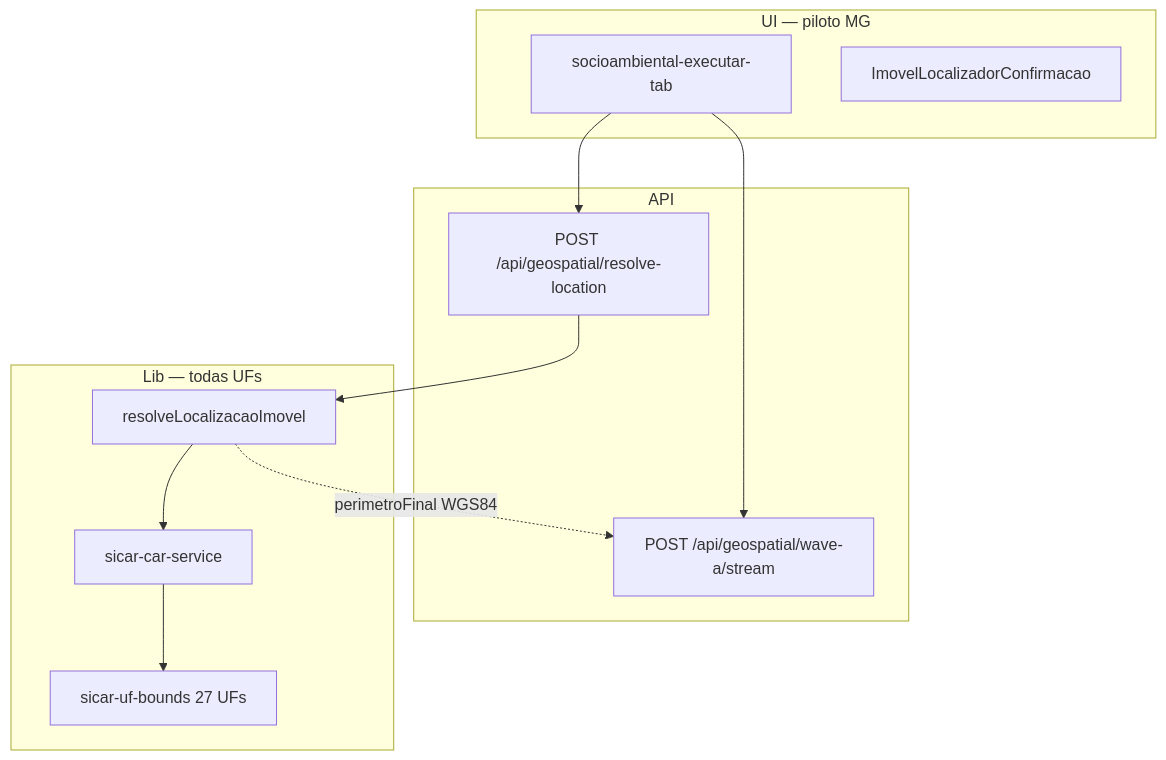
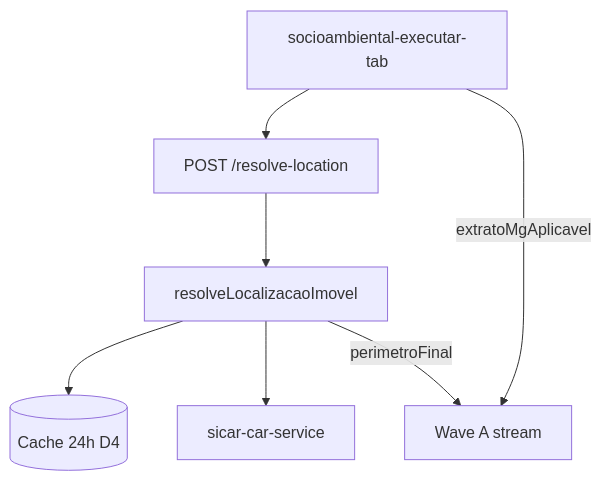
One commit to olimpiossdx/AmbientaR changed the second of 2 diagrams in docs/analise-ambiental-automatizada/PLANO-LOCALIZADOR-CAR-GPS-SOCIOAMBIENTAL.md. Above: the diagram before and after it, drawn with Mermaid. The commit also changed other lines of this file and 3 other files, not shown here.

````diff
--- a/docs/analise-ambiental-automatizada/PLANO-LOCALIZADOR-CAR-GPS-SOCIOAMBIENTAL.md
+++ b/docs/analise-ambiental-automatizada/PLANO-LOCALIZADOR-CAR-GPS-SOCIOAMBIENTAL.md
@@ -160,23 +187,15 @@
 ```mermaid
 flowchart TB
-  subgraph ui [UI — piloto MG]
-    SA[socioambiental-executar-tab]
-    COMP[ImovelLocalizadorConfirmacao]
-  end
-
-  subgraph api [API]
-    RESOLVE["POST /api/geospatial/resolve-location"]
-    WAVE["POST /api/geospatial/wave-a/stream"]
-  end
-
-  subgraph lib [Lib — todas UFs]
-    RL[resolveLocalizacaoImovel]
-    SICAR[sicar-car-service]
-    UFS[sicar-uf-bounds 27 UFs]
-  end
+  SA[socioambiental-executar-tab]
+  RESOLVE["POST /resolve-location"]
+  RL[resolveLocalizacaoImovel]
+  CACHE[(Cache 24h D4)]
+  SICAR[sicar-car-service]
+  WAVE[Wave A stream]
 
   SA --> RESOLVE --> RL
-  RL --> SICAR --> UFS
-  SA --> WAVE
-  RL -.->|perimetroFinal WGS84| WAVE
+  RL --> CACHE
+  RL --> SICAR
+  SA -->|extratoMgAplicavel| WAVE
+  RL -->|perimetroFinal| WAVE
 ```
````
